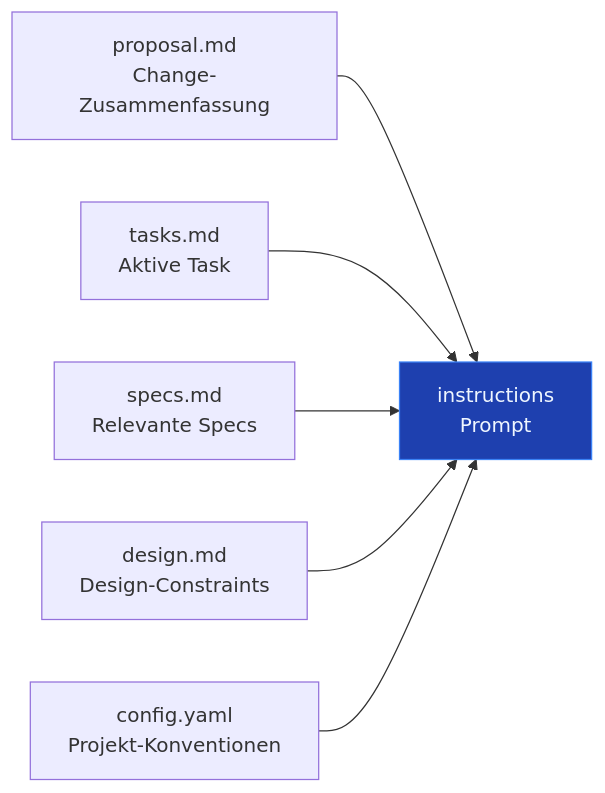
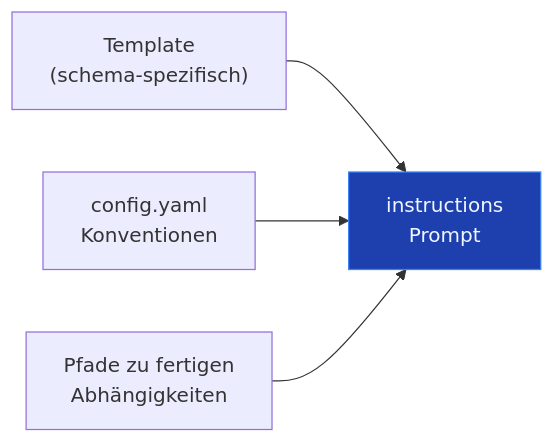
Before and after one commit to Gepardec/openspec-workshop: the first of 2 diagrams in slides/pages/05-cli-agent-bridge.md, drawn with Mermaid. The commit also changed other lines of this file and 3 other files, not shown here.

````diff
--- a/slides/pages/05-cli-agent-bridge.md
+++ b/slides/pages/05-cli-agent-bridge.md
@@ -38,10 +37,8 @@
 ```mermaid
 flowchart LR
-    P["proposal.md\nChange-Zusammenfassung"] --> IP
-    T["tasks.md\nAktive Task"] --> IP
-    S["specs.md\nRelevante Specs"] --> IP
-    D["design.md\nDesign-Constraints"] --> IP
-    C["config.yaml\nProjekt-Konventionen"] --> IP["instructions\nPrompt"]
+    T["Template\n(schema-spezifisch)"] --> IP
+    C["config.yaml\nKonventionen"] --> IP
+    A["Pfade zu fertigen\nAbhängigkeiten"] --> IP["instructions\nPrompt"]
 
     style IP fill:#1e40af,stroke:#3b82f6,color:#eff6ff
 ```
````
